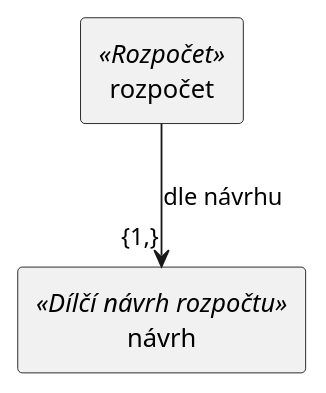
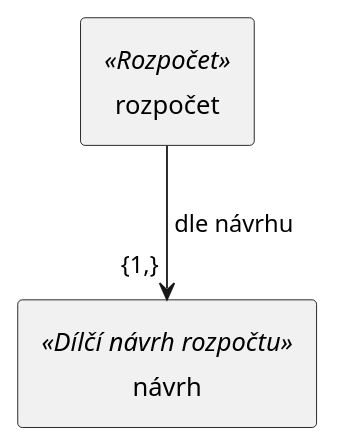
Before and after one commit to techlib/spis: the sixth of 9 diagrams in doc/spec.adoc, drawn with PlantUML. The commit also changed other lines of this file, not shown here.

```diff
--- a/doc/spec.adoc
+++ b/doc/spec.adoc
@@ -167,11 +183,12 @@
 [plantuml,align="center"]
 ....
 @startuml
 skinparam monochrome true
+skinparam padding 3
 
 rectangle "rozpočet" <<Rozpočet>>
 rectangle "návrh" <<Dílčí návrh rozpočtu>>
 
 rozpočet -d-> "{1,}" návrh : dle návrhu
 @enduml
 ....
```
